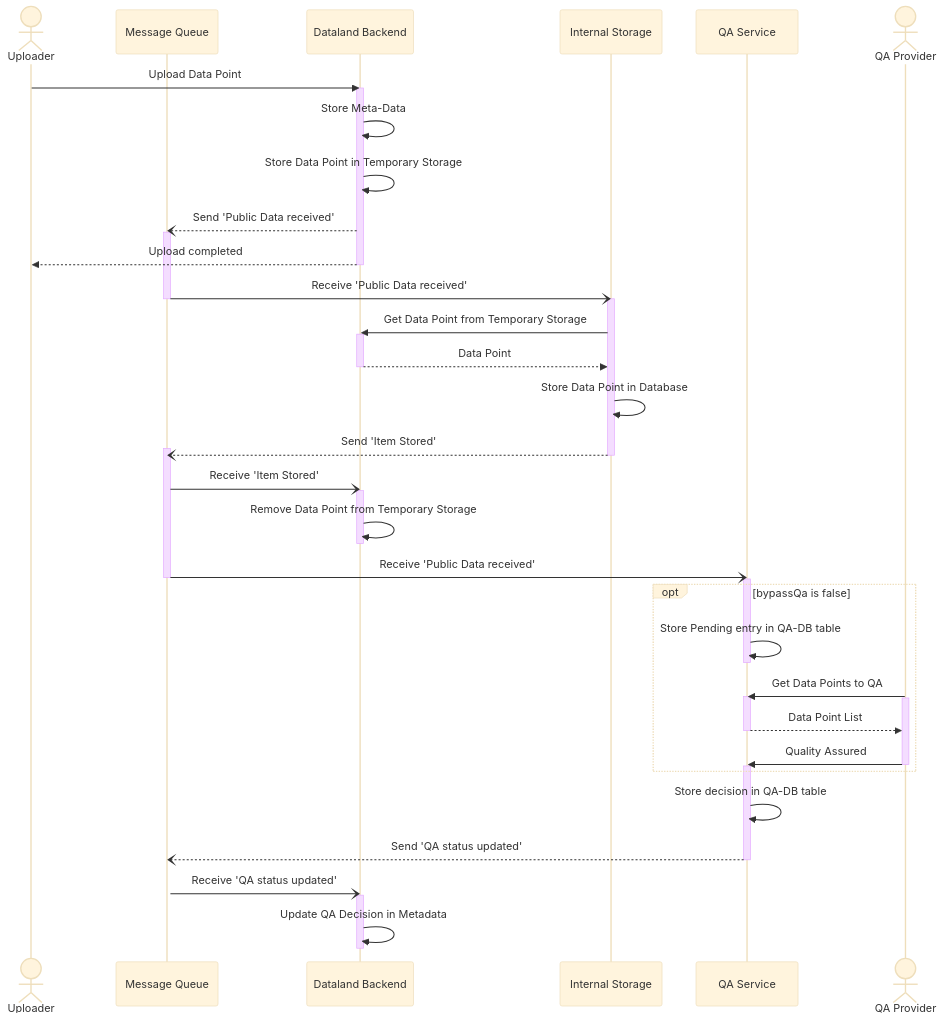
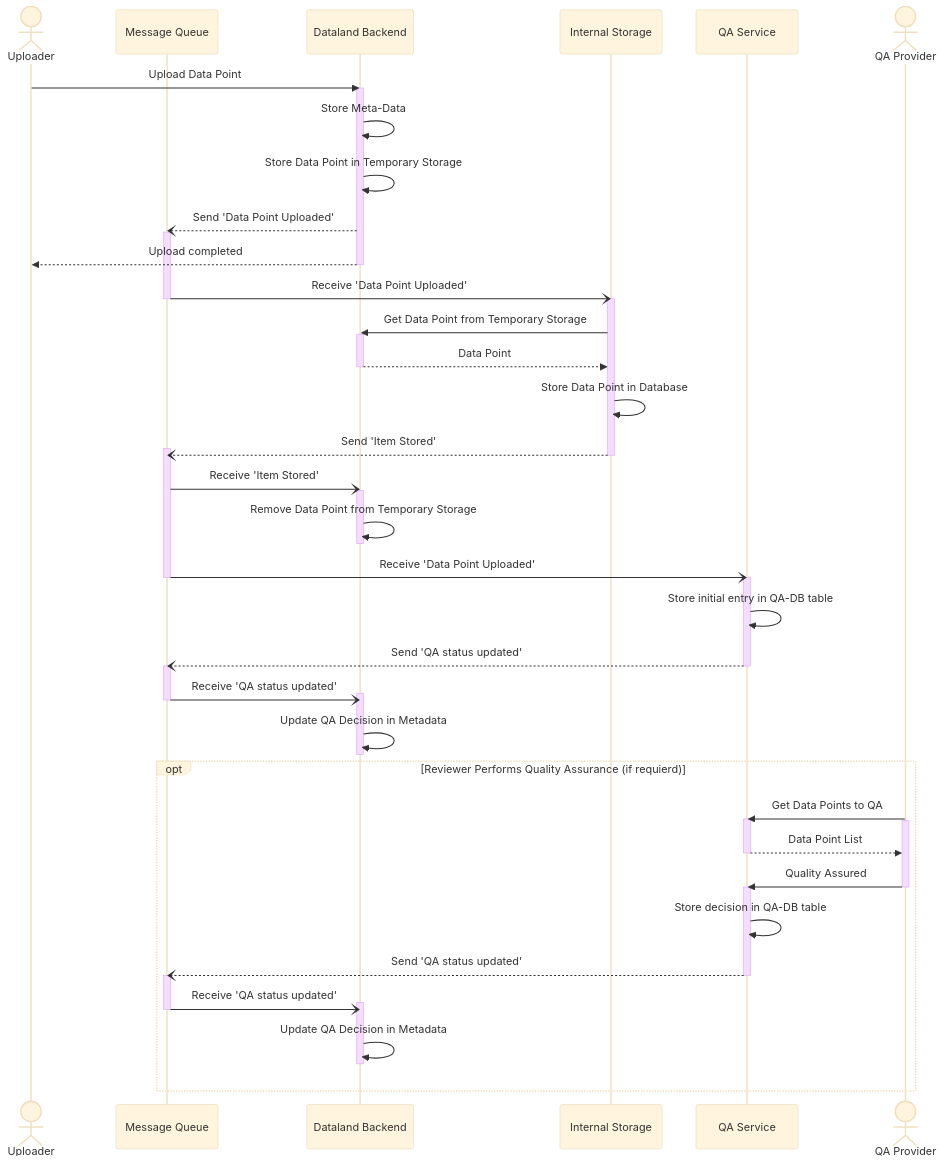
Before and after one commit to d-fine/Dataland: the diagram in documentation/processes/data_point_upload_process.md, drawn with Mermaid (base theme). The commit also changed other lines of this file and 1 other file, not shown here.

Commit message:
Minor changes to process diagrams

````diff
--- a/documentation/processes/data_point_upload_process.md
+++ b/documentation/processes/data_point_upload_process.md
@@ -11,63 +11,73 @@
 ```mermaid
 sequenceDiagram
     actor Uploader
     participant mq as Message Queue
     participant backend as Dataland Backend
     participant storage as Internal Storage
     participant qaService as QA Service
     actor qaler as QA Provider
 
     Uploader ->> backend: Upload Data Point
     activate backend
     backend ->> backend: Store Meta-Data
     backend ->> backend: Store Data Point in Temporary Storage
-    backend --) mq: Send 'Public Data received'
+    backend --) mq: Send 'Data Point Uploaded'
     activate mq
     backend -->> Uploader: Upload completed
     deactivate backend
 
-    mq -) storage: Receive 'Public Data received'
+    mq -) storage: Receive 'Data Point Uploaded'
     deactivate mq
     activate storage
     storage ->> backend: Get Data Point from Temporary Storage
     activate backend
     backend -->> storage: Data Point
     deactivate backend
     storage ->> storage: Store Data Point in Database
     storage --) mq: Send 'Item Stored'
     activate mq
     deactivate storage
 
     mq -) backend: Receive 'Item Stored'
     activate backend
     backend ->> backend: Remove Data Point from Temporary Storage
     deactivate backend
-    mq -) qaService: Receive 'Public Data received'
+    mq -) qaService: Receive 'Data Point Uploaded'
     deactivate mq
     activate qaService
 
-    opt bypassQa is false
-        qaService ->> qaService: Store Pending entry in QA-DB table
-        deactivate qaService
 
+    qaService ->> qaService: Store initial entry in QA-DB table
+    qaService --) mq: Send 'QA status updated'
+    deactivate qaService
+    activate mq
+
+    mq -) backend: Receive 'QA status updated'
+    activate backend
+    deactivate mq
+    backend ->> backend: Update QA Decision in Metadata
+    deactivate backend
+
+    opt Reviewer Performs Quality Assurance (if requierd)
         qaler ->> qaService: Get Data Points to QA
         activate qaService
         activate qaler
         qaService -->> qaler: Data Point List
         deactivate qaService
         qaler ->> qaService: Quality Assured
         deactivate qaler
         activate qaService
+
+        qaService ->> qaService: Store decision in QA-DB table
+
+        qaService --) mq: Send 'QA status updated'
+        deactivate qaService
+        activate mq
+
+        mq -) backend: Receive 'QA status updated'
+        activate backend
+        deactivate mq
+        backend ->> backend: Update QA Decision in Metadata
+        deactivate backend
     end
-
-    qaService ->> qaService: Store decision in QA-DB table
-
-    qaService --) mq: Send 'QA status updated'
-    deactivate qaService
-    activate mq
-
-    mq -) backend: Receive 'QA status updated'
-    activate backend
-    backend ->> backend: Update QA Decision in Metadata
-    deactivate backend
 ```
````
